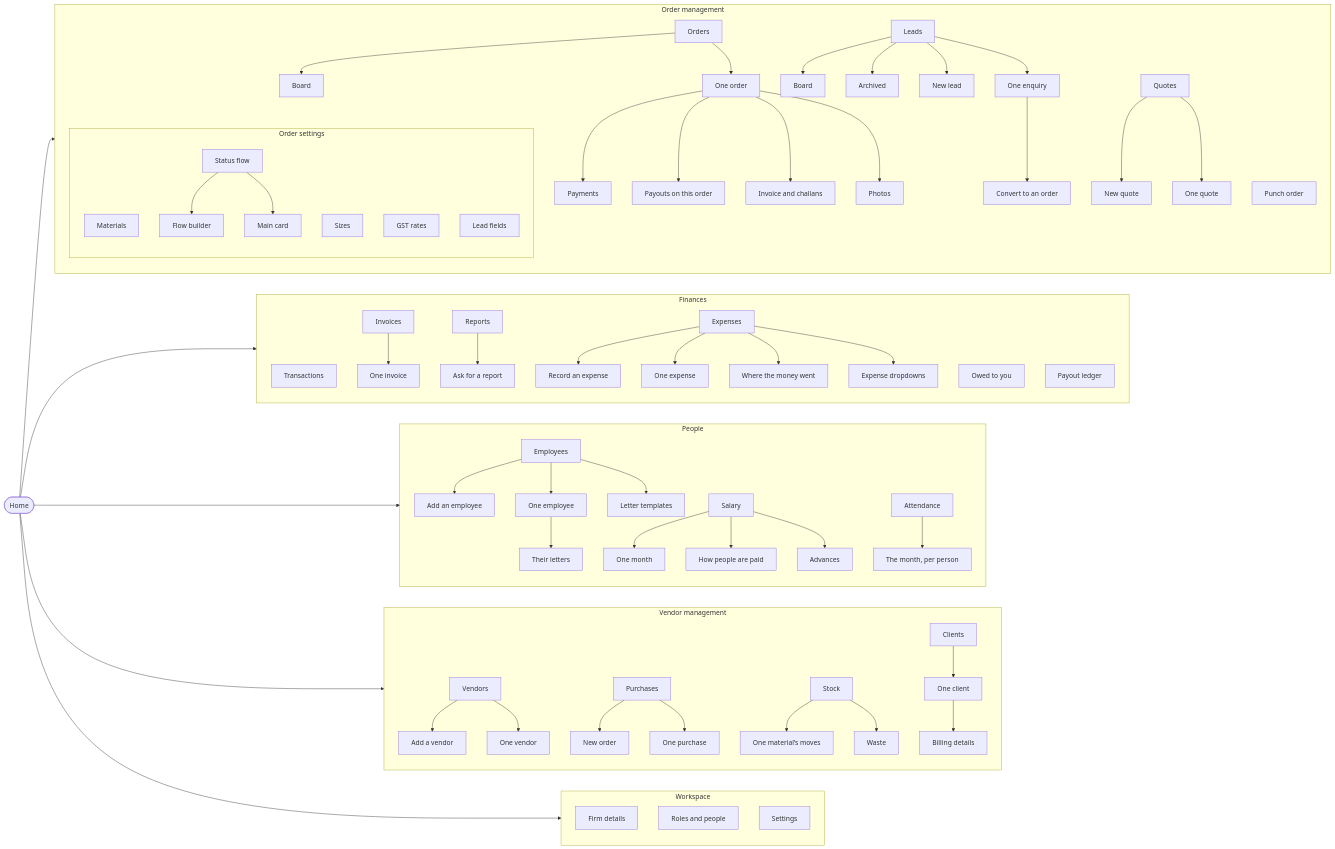
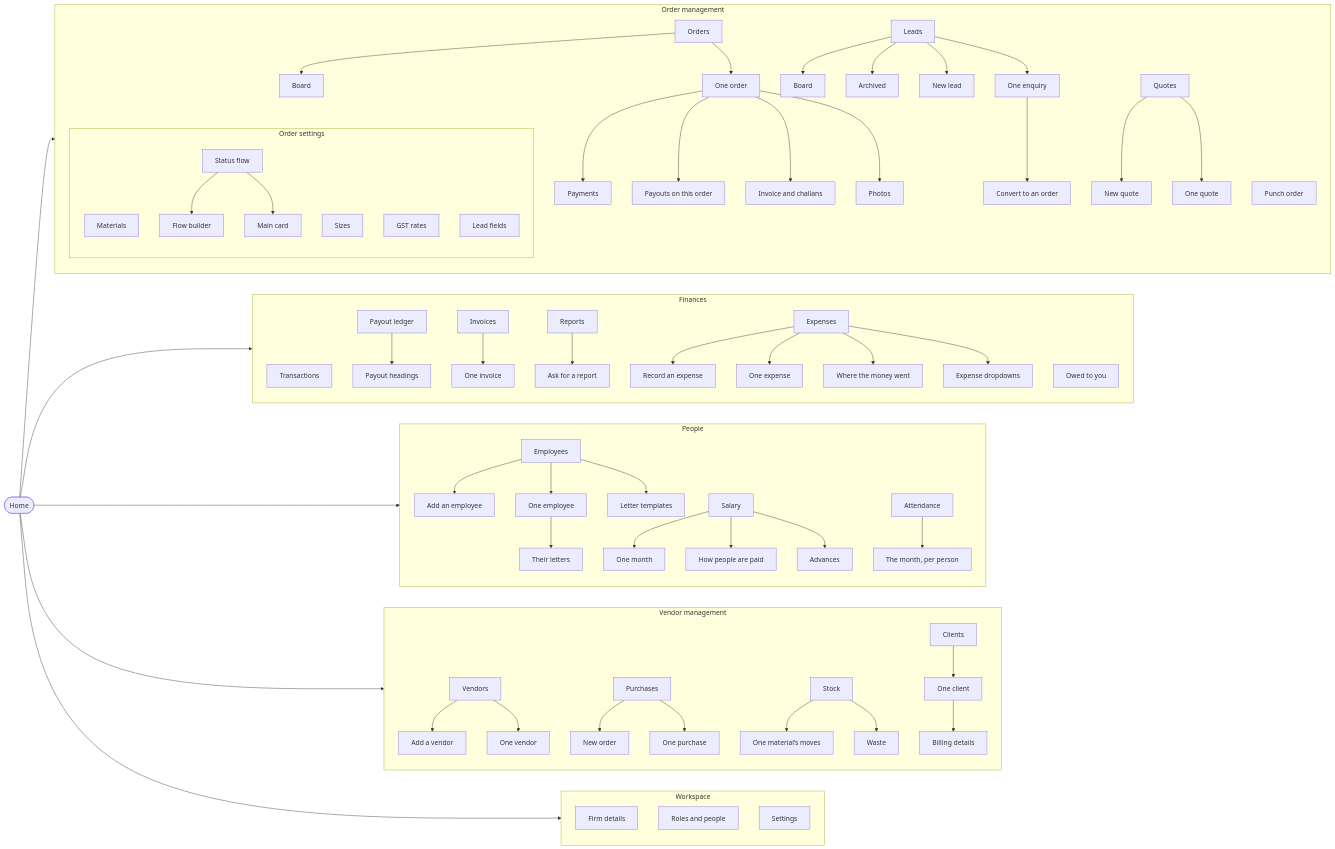
Before and after one commit to firstleaptechnologies-coder/factory-automation: the diagram in docs/NAVIGATION.md, drawn with Mermaid. The commit also changed other lines of this file and 15 other files, not shown here.

```diff
--- a/docs/NAVIGATION.md
+++ b/docs/NAVIGATION.md
@@ -69,6 +69,8 @@
     transactions["Transactions"]
     outstanding["Owed to you"]
     payouts["Payout ledger"]
+    payout_headings["Payout headings"]
+    payouts --> payout_headings
     invoices["Invoices"]
     invoice_detail["One invoice"]
     invoices --> invoice_detail
```
